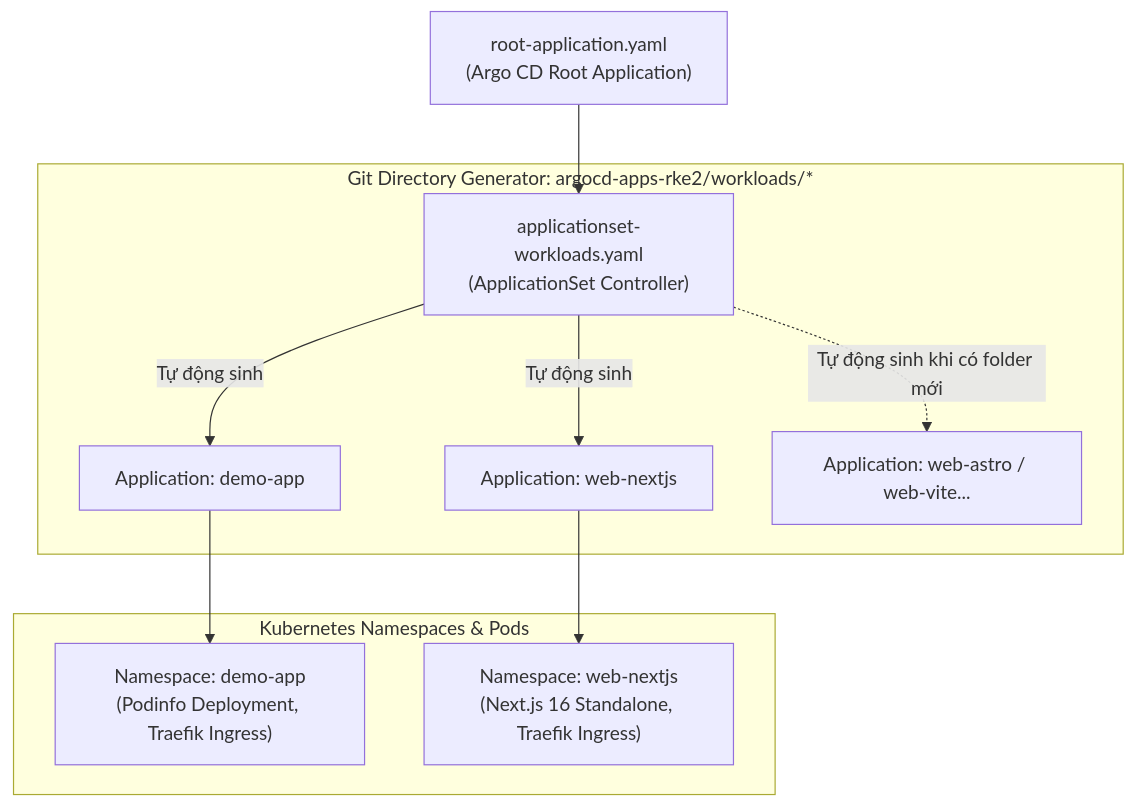
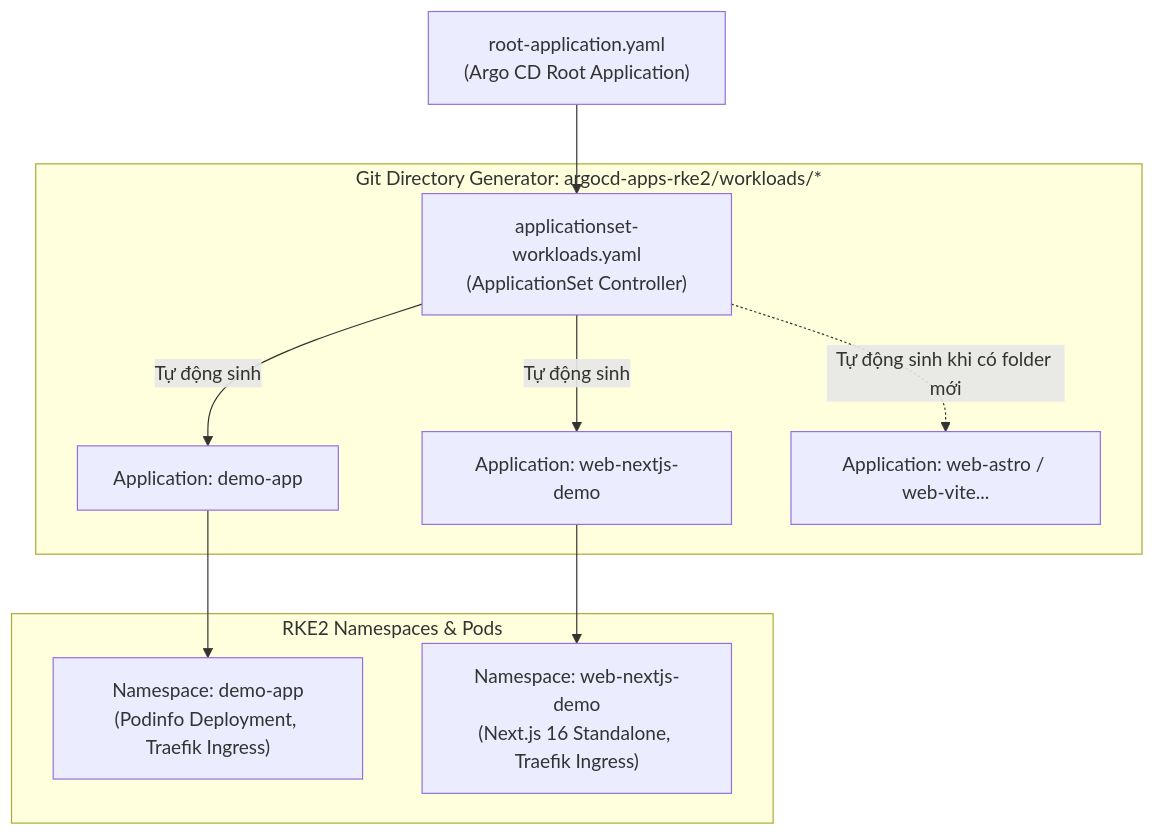
Before and after one commit to 001123/lab-harvester-gitops: the diagram in argocd-apps-rke2/README.md, drawn with Mermaid. The commit also changed other lines of this file and 8 other files, not shown here.

Commit message:
refactor(workloads): rename web-nextjs to web-nextjs-demo across all manifests

````diff
--- a/argocd-apps-rke2/README.md
+++ b/argocd-apps-rke2/README.md
@@ -11,15 +11,15 @@
 ```mermaid
 graph TD
     RootApp["root-application.yaml\n(Argo CD Root Application)"] --> AppSet["applicationset-workloads.yaml\n(ApplicationSet Controller)"]
     
     subgraph "Git Directory Generator: argocd-apps-rke2/workloads/*"
         AppSet -->|Tự động sinh| AppDemo["Application: demo-app"]
-        AppSet -->|Tự động sinh| AppNextJS["Application: web-nextjs"]
+        AppSet -->|Tự động sinh| AppNextJS["Application: web-nextjs-demo"]
         AppSet -.->|Tự động sinh khi có folder mới| AppFuture["Application: web-astro / web-vite..."]
     end
     
-    subgraph "Kubernetes Namespaces & Pods"
-        AppDemo --> Podinfo["Namespace: demo-app\n(Podinfo Deployment, Traefik Ingress)"]
-        AppNextJS --> NextPod["Namespace: web-nextjs\n(Next.js 16 Standalone, Traefik Ingress)"]
+    subgraph "RKE2 Namespaces & Pods"
+        AppDemo --> PodDemo["Namespace: demo-app\n(Podinfo Deployment, Traefik Ingress)"]
+        AppNextJS --> NextPod["Namespace: web-nextjs-demo\n(Next.js 16 Standalone, Traefik Ingress)"]
     end
 ```
````
